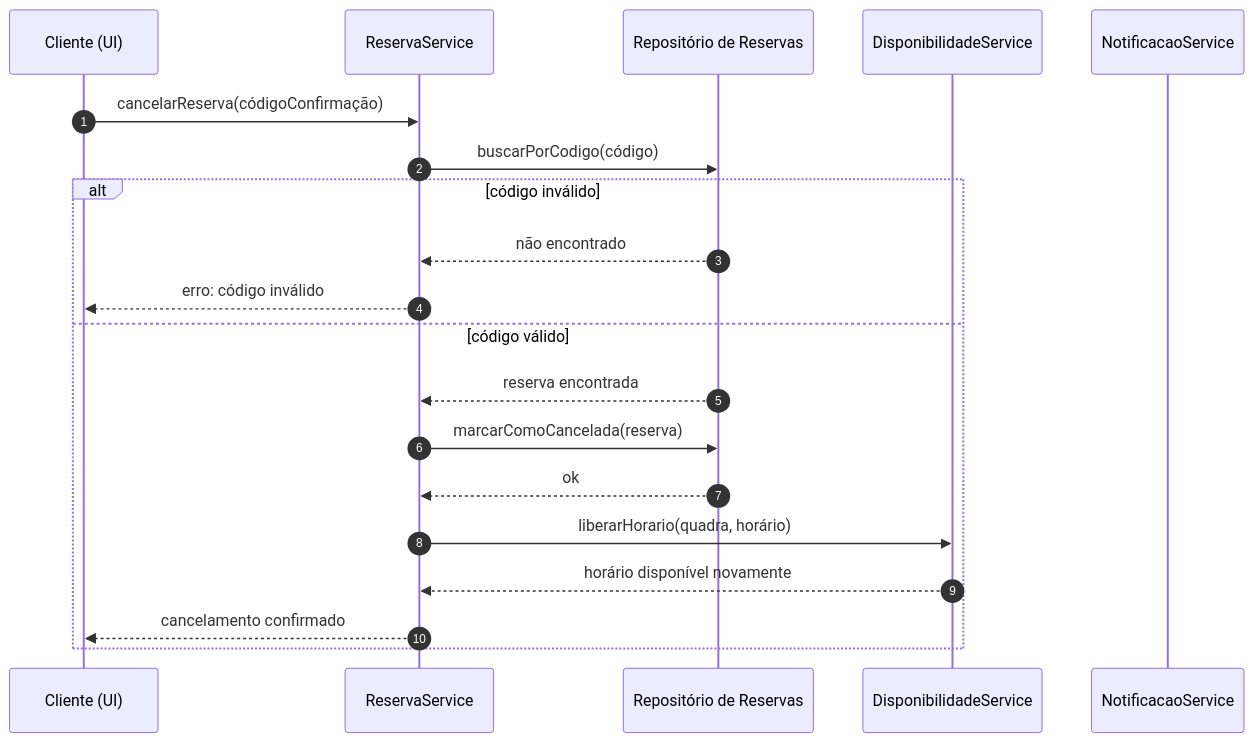
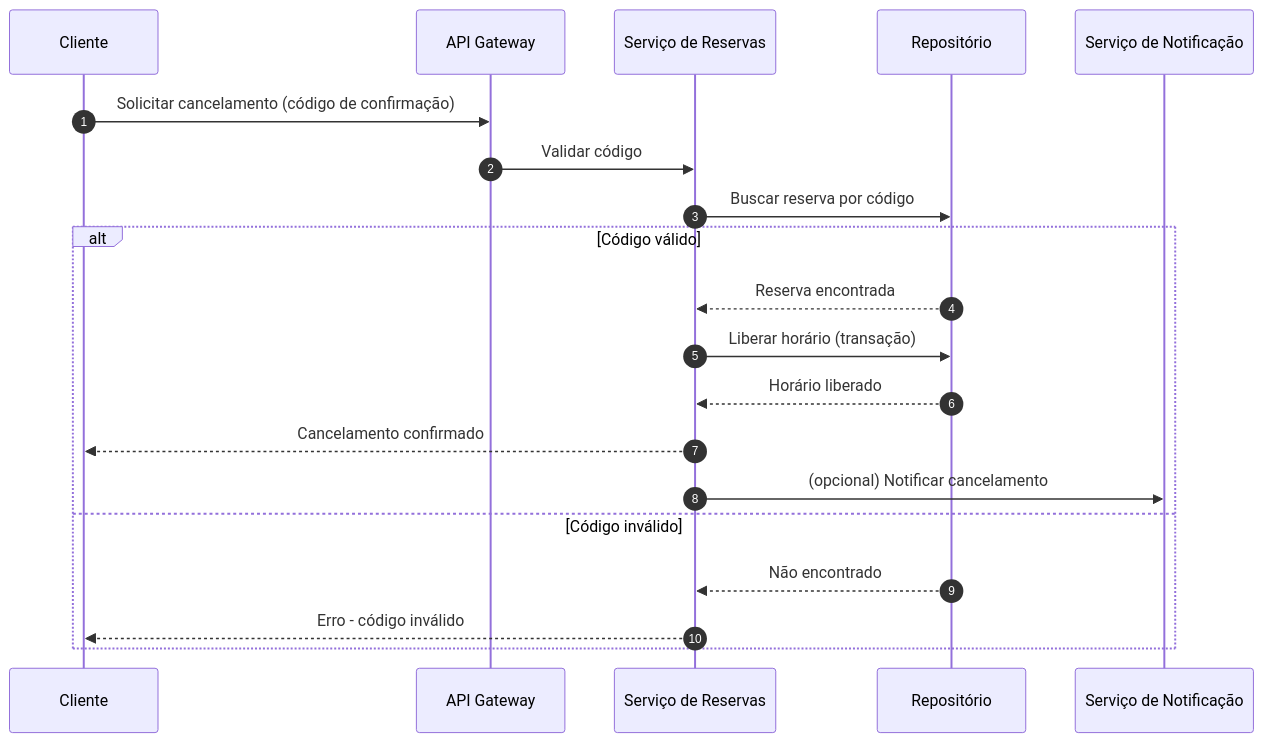
One commit to PDC-ESIA/AI4ES changed the third of 4 diagrams in docs/Time_2_Design/analise-qualitativa/outputs/relatorio_claude_opus_4_8_P05.md. Above: the diagram before and after it, drawn with Mermaid. The commit also changed other lines of this file and 93 other files, not shown here.

````diff
--- a/docs/Time_2_Design/analise-qualitativa/outputs/relatorio_claude_opus_4_8_P05.md
+++ b/docs/Time_2_Design/analise-qualitativa/outputs/relatorio_claude_opus_4_8_P05.md
@@ -110,23 +103,23 @@
 ```mermaid
 sequenceDiagram
     autonumber
-    participant C as Cliente (UI)
-    participant RS as ReservaService
-    participant RR as Repositório de Reservas
-    participant DS as DisponibilidadeService
-    participant NS as NotificacaoService
+    participant C as Cliente
+    participant GW as API Gateway
+    participant RES as Serviço de Reservas
+    participant REPO as Repositório
+    participant NOT as Serviço de Notificação
 
-    C->>RS: cancelarReserva(códigoConfirmação)
-    RS->>RR: buscarPorCodigo(código)
-    alt código inválido
-        RR-->>RS: não encontrado
-        RS-->>C: erro: código inválido
-    else código válido
-        RR-->>RS: reserva encontrada
-        RS->>RR: marcarComoCancelada(reserva)
-        RR-->>RS: ok
-        RS->>DS: liberarHorario(quadra, horário)
-        DS-->>RS: horário disponível novamente
-        RS-->>C: cancelamento confirmado
+    C->>GW: Solicitar cancelamento (código de confirmação)
+    GW->>RES: Validar código
+    RES->>REPO: Buscar reserva por código
+    alt Código válido
+        REPO-->>RES: Reserva encontrada
+        RES->>REPO: Liberar horário (transação)
+        REPO-->>RES: Horário liberado
+        RES-->>C: Cancelamento confirmado
+        RES->>NOT: (opcional) Notificar cancelamento
+    else Código inválido
+        REPO-->>RES: Não encontrado
+        RES-->>C: Erro - código inválido
     end
 ```
````
